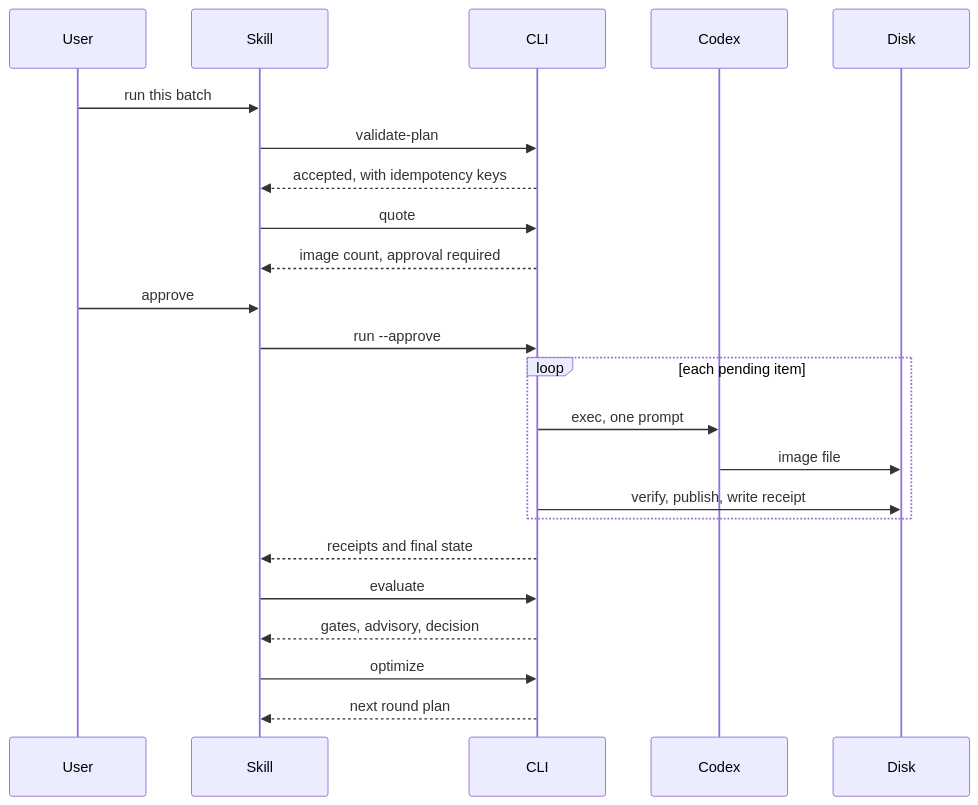
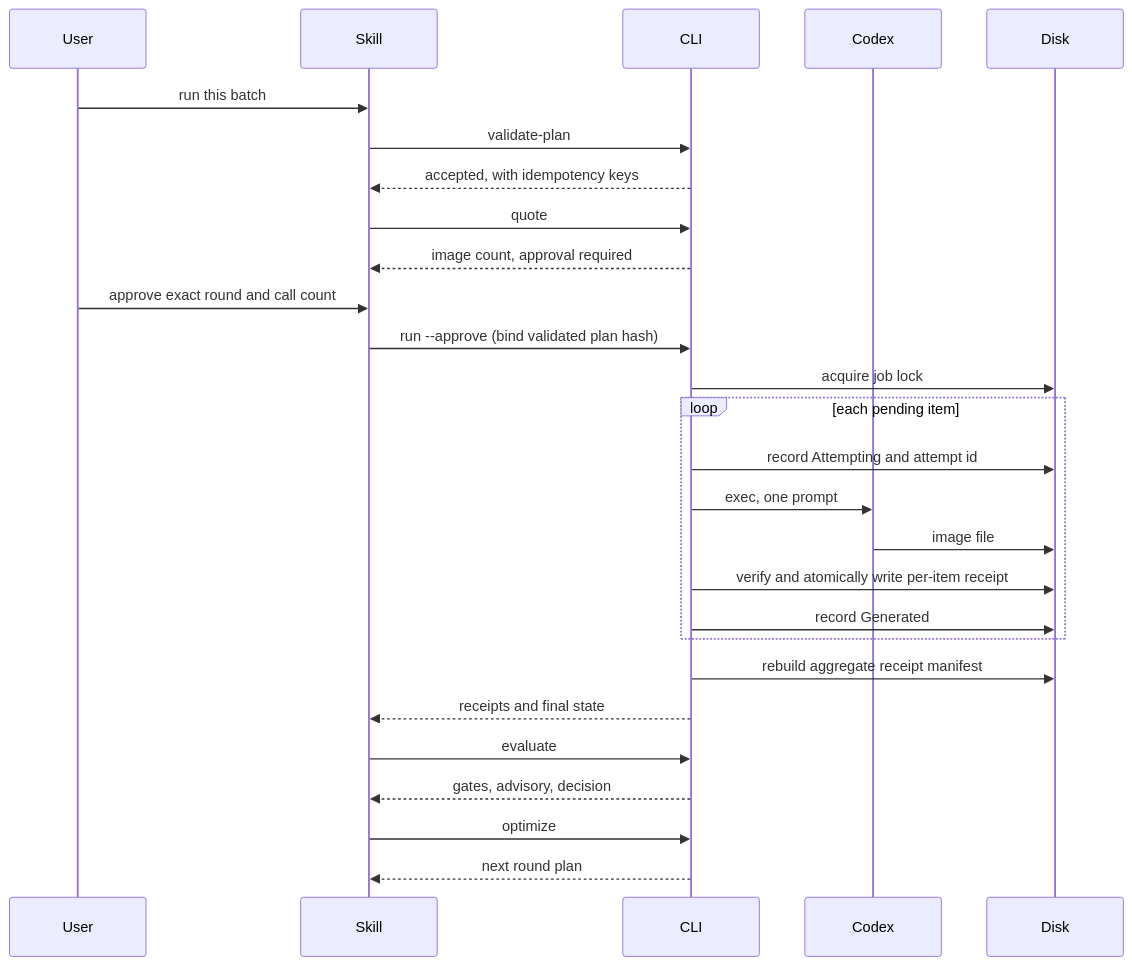
One commit to full-aigc-plugins/image-factory-plugin changed the second of 2 diagrams in docs/Codex-Image-Factory-Plugin-Architecture.md. Above: the diagram before and after it, drawn with Mermaid. The commit also changed other lines of this file and 10 other files, not shown here.

````diff
--- a/docs/Codex-Image-Factory-Plugin-Architecture.md
+++ b/docs/Codex-Image-Factory-Plugin-Architecture.md
@@ -76,26 +76,30 @@
 ```mermaid
 sequenceDiagram
   participant U as User
   participant K as Skill
   participant C as CLI
   participant X as Codex
   participant D as Disk
 
   U->>K: run this batch
   K->>C: validate-plan
   C-->>K: accepted, with idempotency keys
   K->>C: quote
   C-->>K: image count, approval required
-  U->>K: approve
-  K->>C: run --approve
+  U->>K: approve exact round and call count
+  K->>C: run --approve (bind validated plan hash)
+  C->>D: acquire job lock
   loop each pending item
+    C->>D: record Attempting and attempt id
     C->>X: exec, one prompt
     X->>D: image file
-    C->>D: verify, publish, write receipt
+    C->>D: verify and atomically write per-item receipt
+    C->>D: record Generated
   end
+  C->>D: rebuild aggregate receipt manifest
   C-->>K: receipts and final state
   K->>C: evaluate
   C-->>K: gates, advisory, decision
   K->>C: optimize
   C-->>K: next round plan
 ```
````
